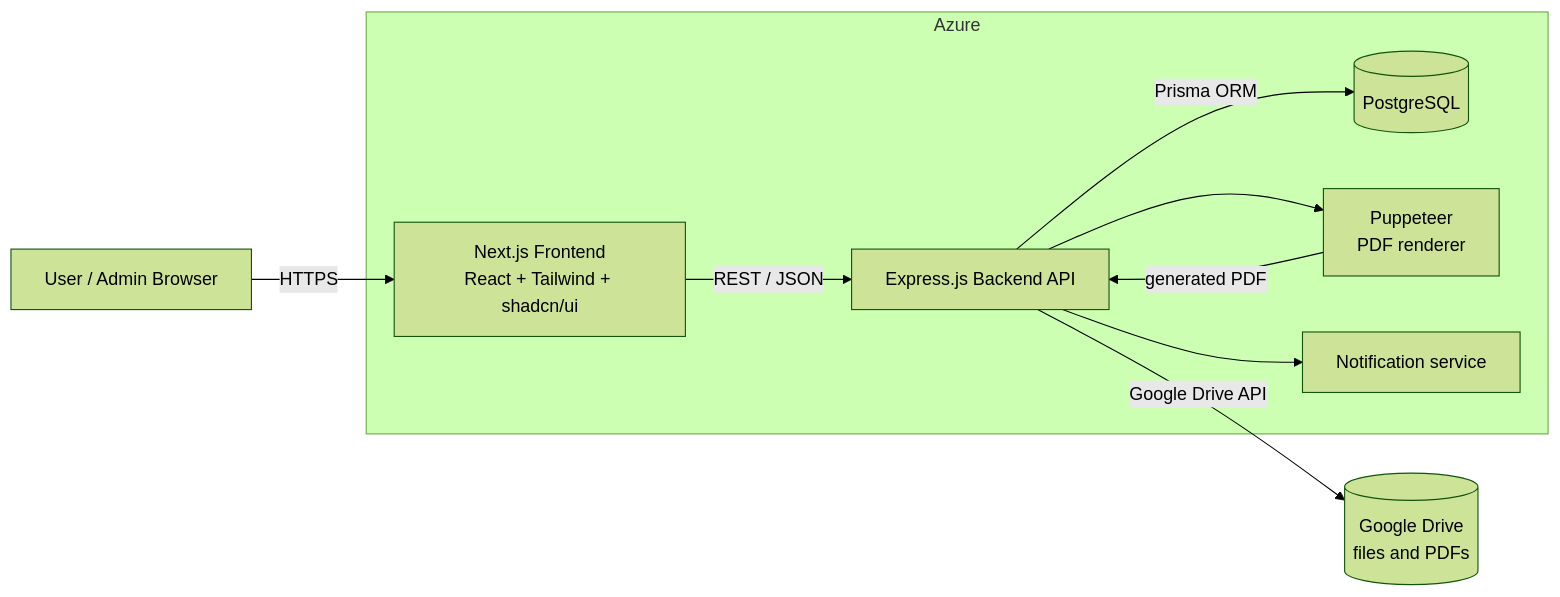
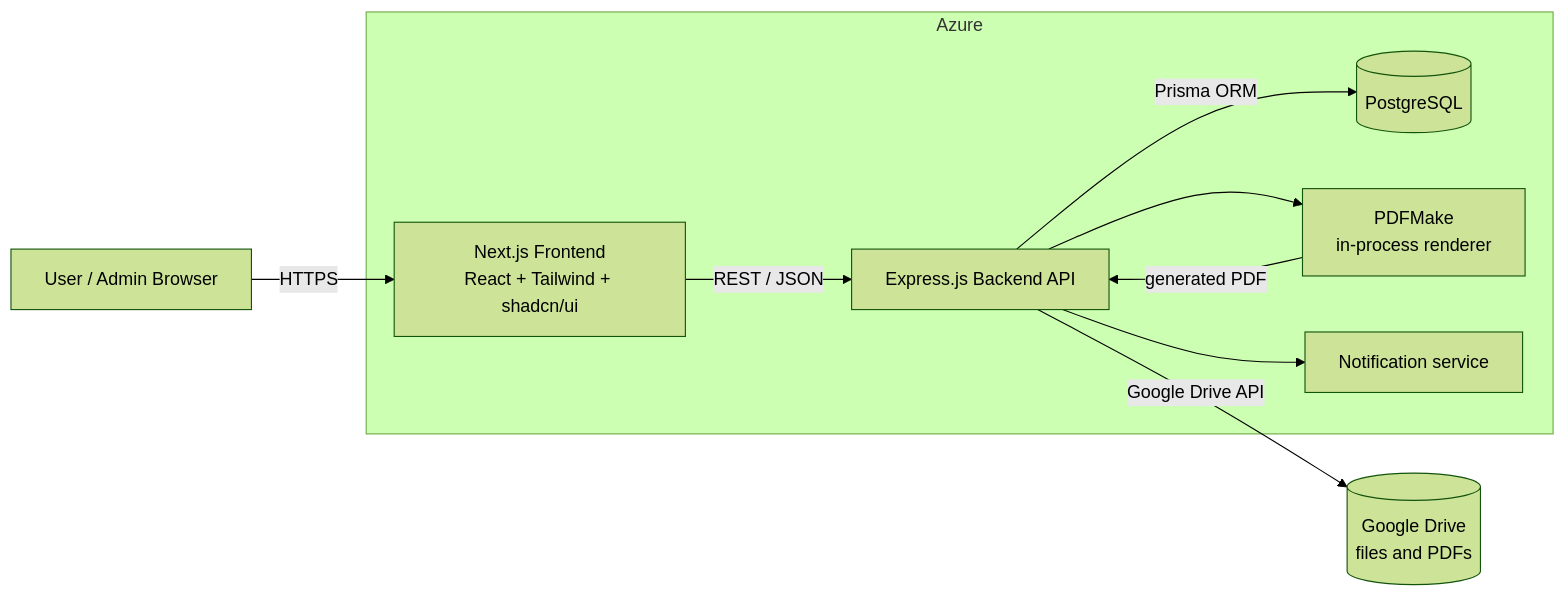
One commit to Rideema14/Contract-Form-Automation changed the diagram in docs/03-system-architecture.md. Above: the diagram before and after it, drawn with Mermaid (forest theme). The commit also changed other lines of this file and 64 other files, not shown here.

````diff
--- a/docs/03-system-architecture.md
+++ b/docs/03-system-architecture.md
@@ -7,17 +7,17 @@
 ```mermaid
 flowchart LR
     U[User / Admin Browser] -->|HTTPS| FE[Next.js Frontend<br/>React + Tailwind + shadcn/ui]
     FE -->|REST / JSON| BE[Express.js Backend API]
     BE -->|Prisma ORM| DB[(PostgreSQL)]
     BE -->|Google Drive API| GD[(Google Drive<br/>files and PDFs)]
-    BE --> PDF[Puppeteer<br/>PDF renderer]
+    BE --> PDF[PDFMake<br/>in-process renderer]
     PDF -->|generated PDF| BE
     BE --> NT[Notification service]
     subgraph Azure
         FE
         BE
         PDF
         DB
         NT
     end
 ```
````
